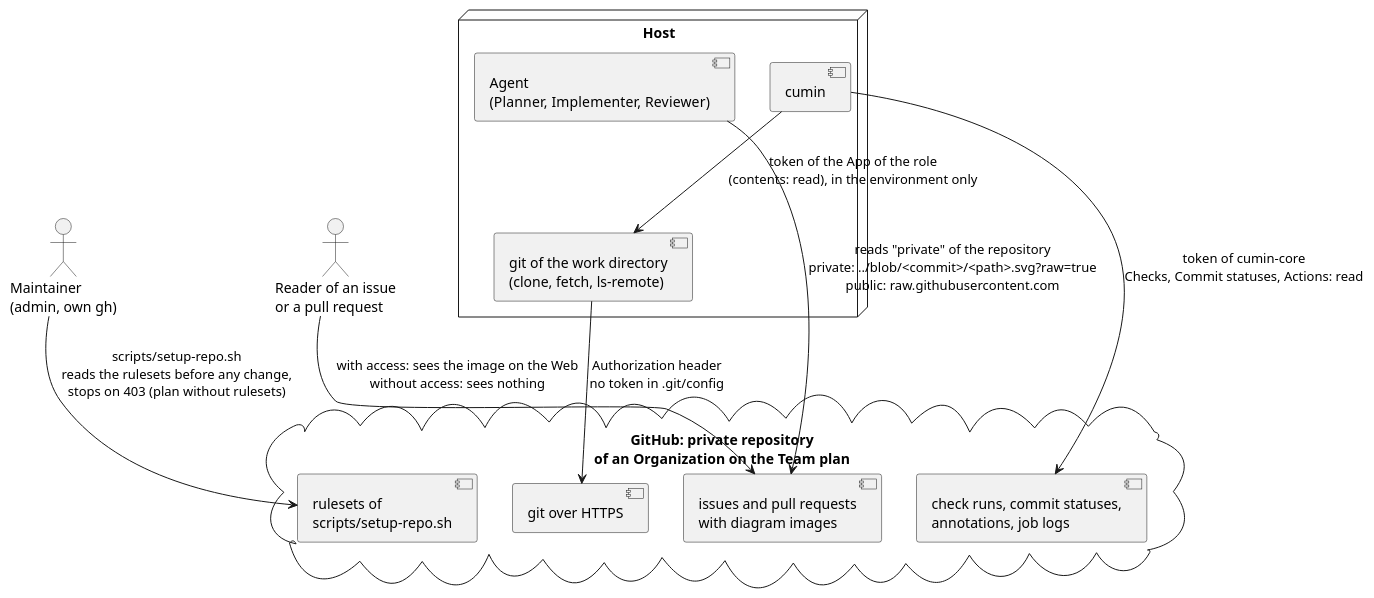
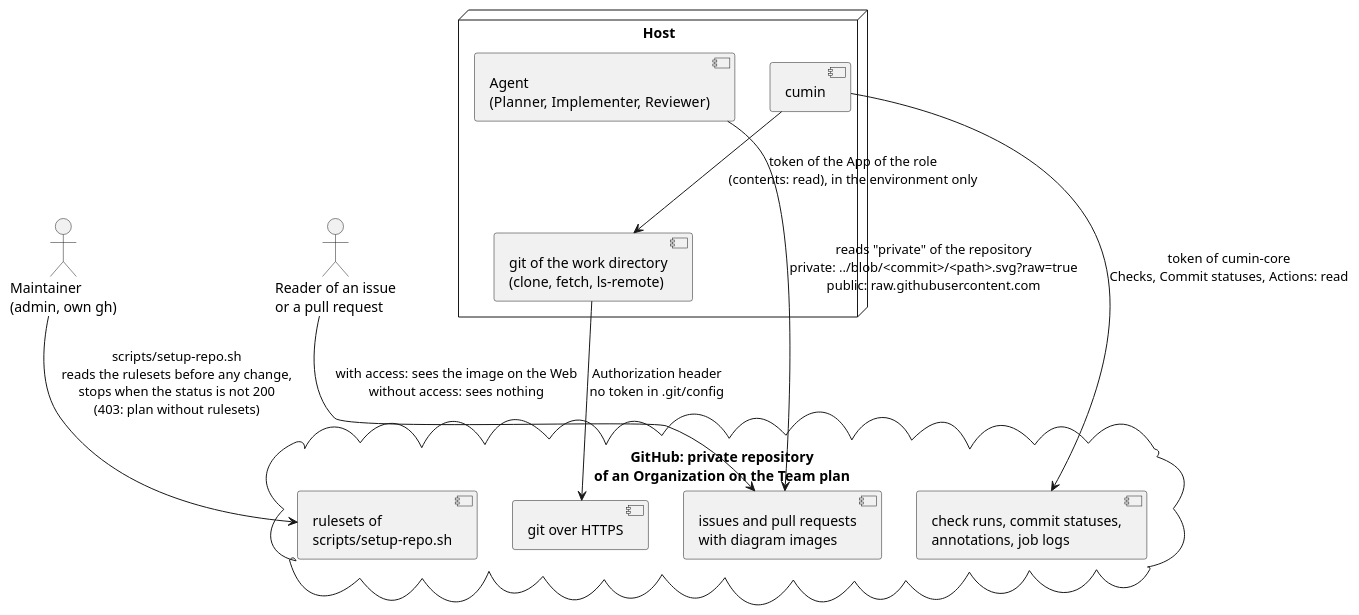
One commit to cloveclovedev/cumin-works changed the diagram in docs/ja/designs/private-repository.puml. Above: the diagram before and after it, drawn with PlantUML. The commit also changed 1 other file, not shown here.

Commit message:
docs(designs): show in the diagram that setup-repo.sh stops on a status other than 200

```diff
--- a/docs/ja/designs/private-repository.puml
+++ b/docs/ja/designs/private-repository.puml
@@ -1,30 +1,30 @@
 @startuml private-repository
 ' cumin works - what cumin and the agents need on a private repository.
 ' Document: cumin-core.md, the topic of the private repository.
 ' Render: run scripts/render-diagrams.sh at the root of the repository.
 skinparam shadowing false
 skinparam defaultFontName sans-serif
 
 actor "Maintainer\n(admin, own gh)" as admin
 actor "Reader of an issue\nor a pull request" as reader
 
 node "Host" as host {
   component "cumin" as cumin
   component "git of the work directory\n(clone, fetch, ls-remote)" as git
   component "Agent\n(Planner, Implementer, Reviewer)" as agent
 }
 
 cloud "GitHub: private repository\nof an Organization on the Team plan" as github {
   component "rulesets of\nscripts/setup-repo.sh" as rulesets
   component "git over HTTPS" as https
   component "check runs, commit statuses,\nannotations, job logs" as checks
   component "issues and pull requests\nwith diagram images" as text
 }
 
-admin --> rulesets : scripts/setup-repo.sh\nreads the rulesets before any change,\nstops on 403 (plan without rulesets)
+admin --> rulesets : scripts/setup-repo.sh\nreads the rulesets before any change,\nstops when the status is not 200\n(403: plan without rulesets)
 cumin --> git : token of the App of the role\n(contents: read), in the environment only
 git --> https : Authorization header\nno token in .git/config
 cumin --> checks : token of cumin-core\nChecks, Commit statuses, Actions: read
 agent --> text : reads "private" of the repository\nprivate: ../blob/<commit>/<path>.svg?raw=true\npublic: raw.githubusercontent.com
 reader --> text : with access: sees the image on the Web\nwithout access: sees nothing
 @enduml
```
